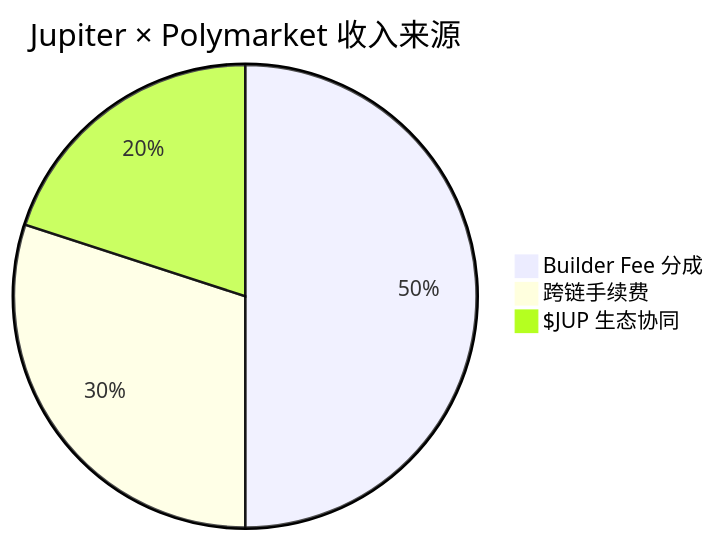
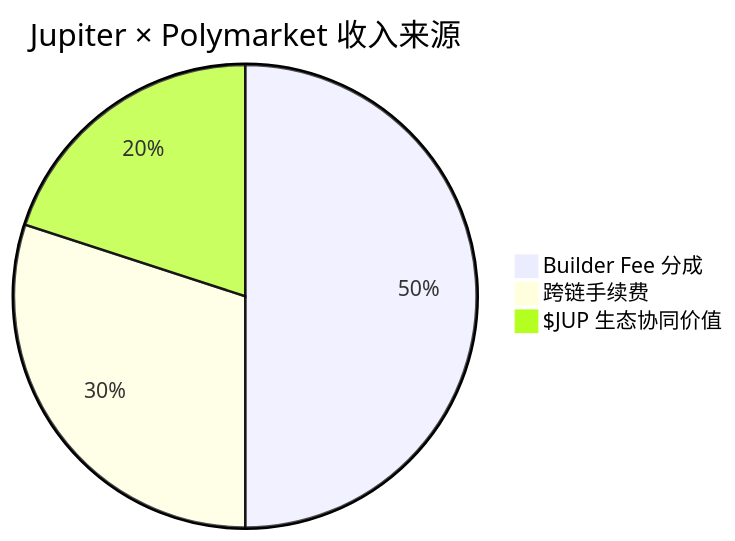
The fifth of 5 diagrams in research/11_jupiter/analysis.md (survivorff/polymarket_research), drawn with Mermaid before and after one commit. The commit also changed other lines of this file and 10 other files, not shown here.

First line of the commit message:
深度补充11个平台分析报告：实测数据、完整UX路径、Mermaid流程图

````diff
--- a/research/11_jupiter/analysis.md
+++ b/research/11_jupiter/analysis.md
@@ -137,6 +155,6 @@
 ```mermaid
 pie title Jupiter × Polymarket 收入来源
     "Builder Fee 分成" : 50
     "跨链手续费" : 30
-    "$JUP 生态协同" : 20
+    "$JUP 生态协同价值" : 20
 ```
````
